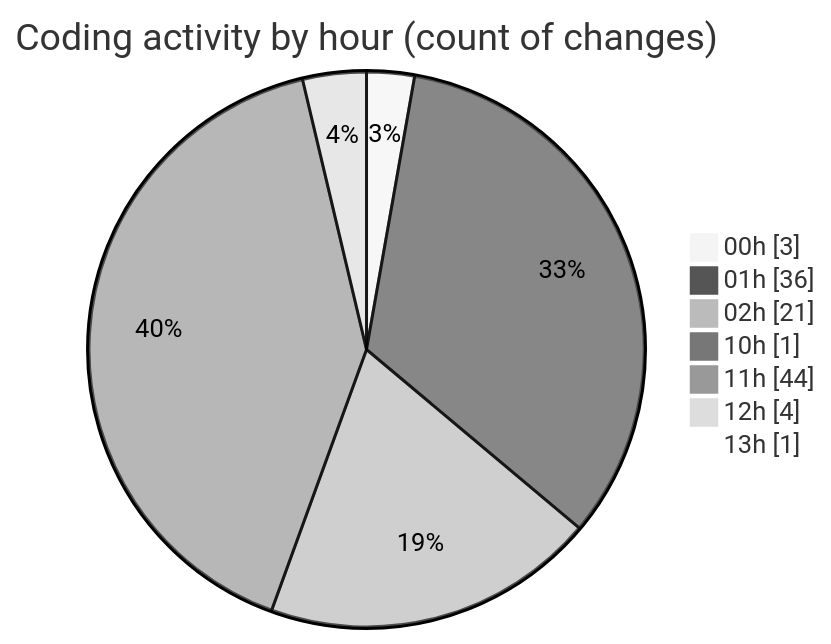
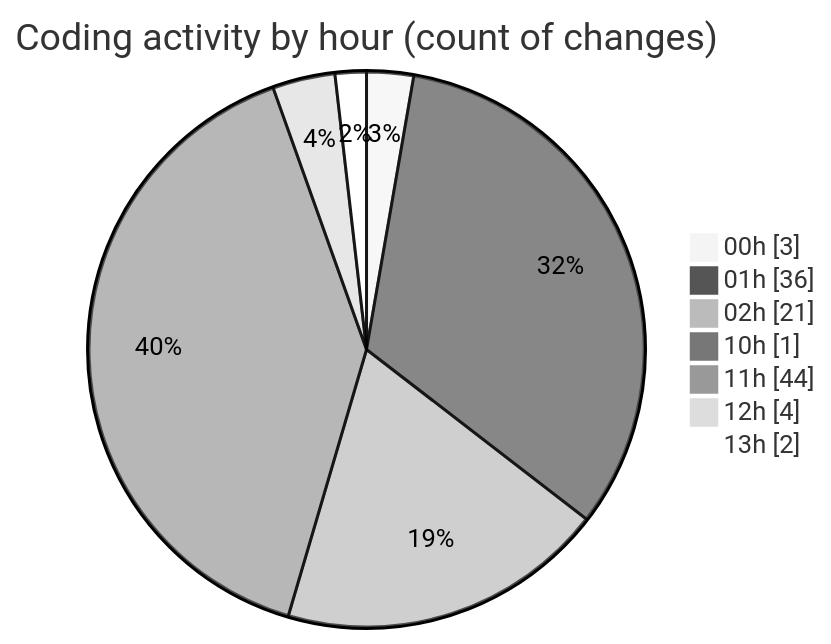
One commit to lephambinh05/code-tracking changed the second of 2 diagrams in 2025-09-05/hiai-phf/README.md. Above: the diagram before and after it, drawn with Mermaid (neutral theme). The commit also changed other lines of this file and 1 other file, not shown here.

````diff
--- a/2025-09-05/hiai-phf/README.md
+++ b/2025-09-05/hiai-phf/README.md
@@ -66,11 +66,11 @@
 ```mermaid
 pie showData
 title Coding activity by hour (count of changes)
 "00h" : 3
 "01h" : 36
 "02h" : 21
 "10h" : 1
 "11h" : 44
 "12h" : 4
-"13h" : 1
+"13h" : 2
 ```
````
